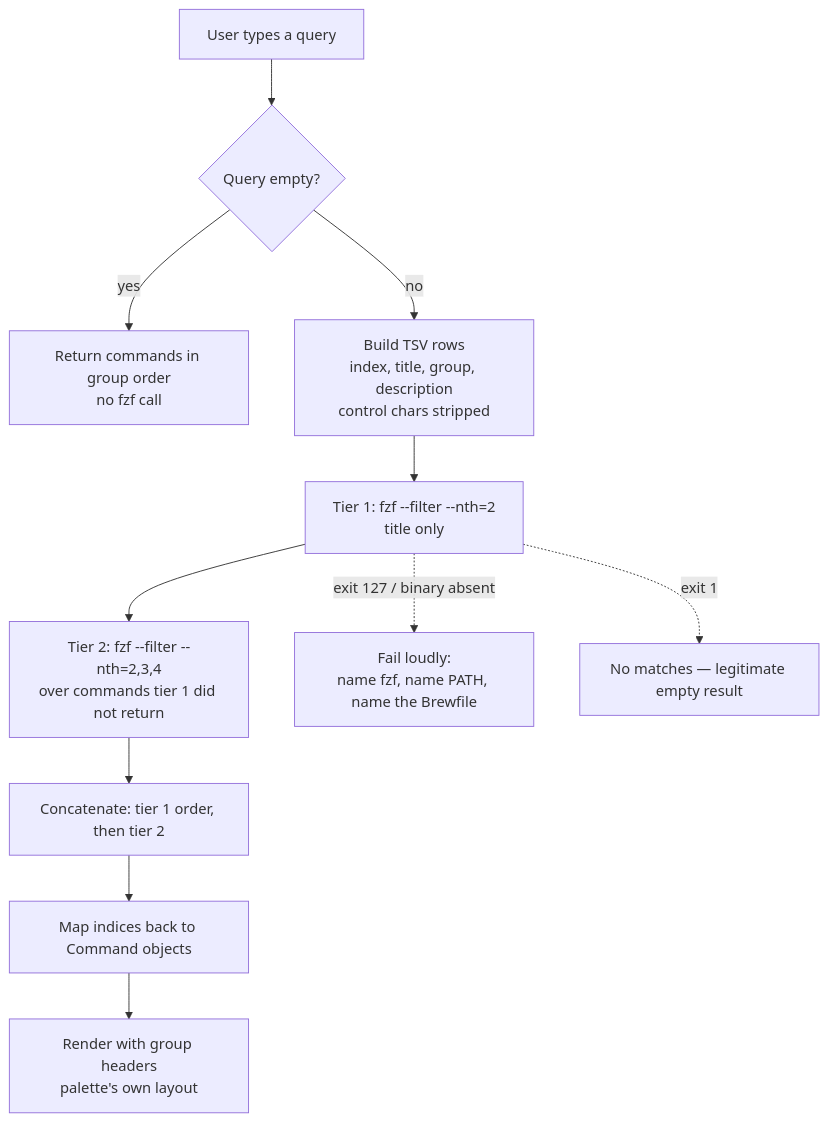
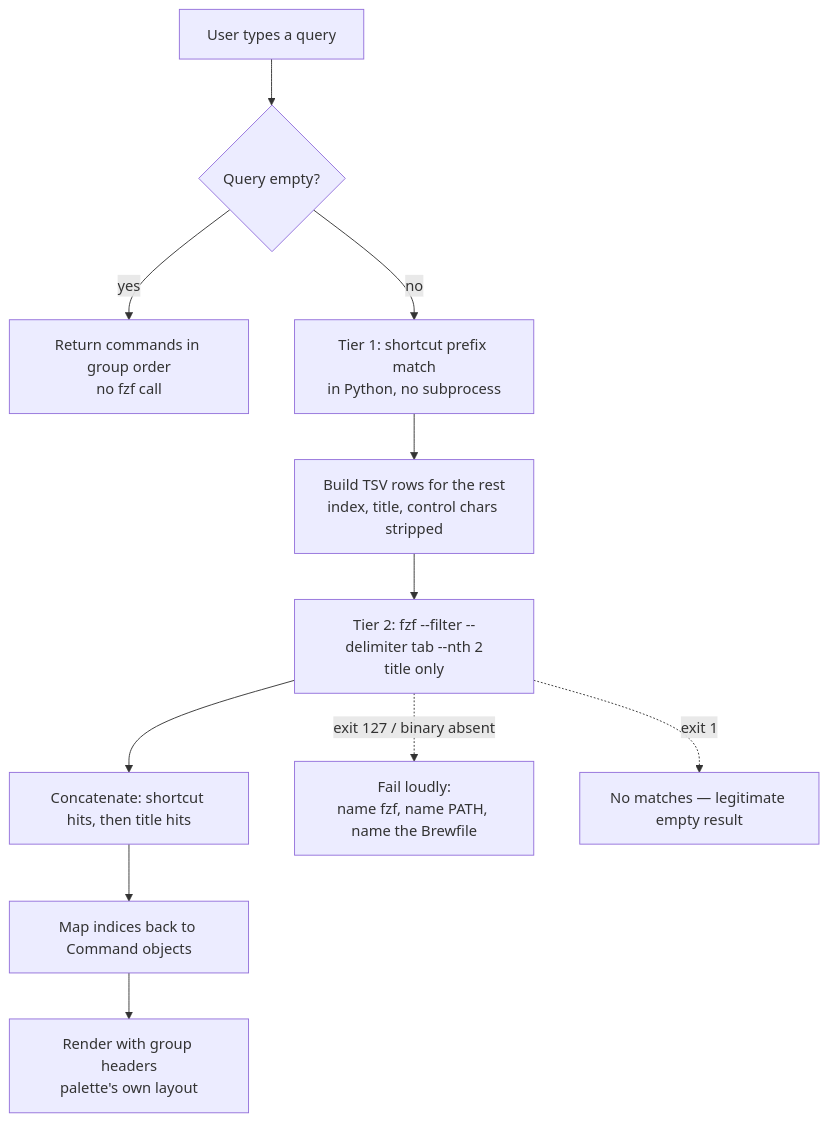
One commit to Seigiard/my-mac-setup changed the diagram in docs/plans/2026-08-18-1254-fix-command-palette-defects-plan.md. Above: the diagram before and after it, drawn with Mermaid. The commit also changed other lines of this file and 2 other files, not shown here.

````diff
--- a/docs/plans/2026-08-18-1254-fix-command-palette-defects-plan.md
+++ b/docs/plans/2026-08-18-1254-fix-command-palette-defects-plan.md
@@ -108,14 +182,14 @@
 ```mermaid
 flowchart TD
     A[User types a query] --> B{Query empty?}
     B -->|yes| C[Return commands in group order<br/>no fzf call]
-    B -->|no| D[Build TSV rows<br/>index, title, group, description<br/>control chars stripped]
-    D --> E[Tier 1: fzf --filter --nth=2<br/>title only]
-    E --> F[Tier 2: fzf --filter --nth=2,3,4<br/>over commands tier 1 did not return]
-    F --> G[Concatenate: tier 1 order, then tier 2]
+    B -->|no| S[Tier 1: shortcut prefix match<br/>in Python, no subprocess]
+    S --> D[Build TSV rows for the rest<br/>index, title, control chars stripped]
+    D --> E[Tier 2: fzf --filter --delimiter tab --nth 2<br/>title only]
+    E --> G[Concatenate: shortcut hits, then title hits]
     G --> H[Map indices back to Command objects]
     H --> I[Render with group headers<br/>palette's own layout]
 
     E -.->|exit 127 / binary absent| X[Fail loudly:<br/>name fzf, name PATH, name the Brewfile]
     E -.->|exit 1| Y[No matches — legitimate empty result]
 ```
````
